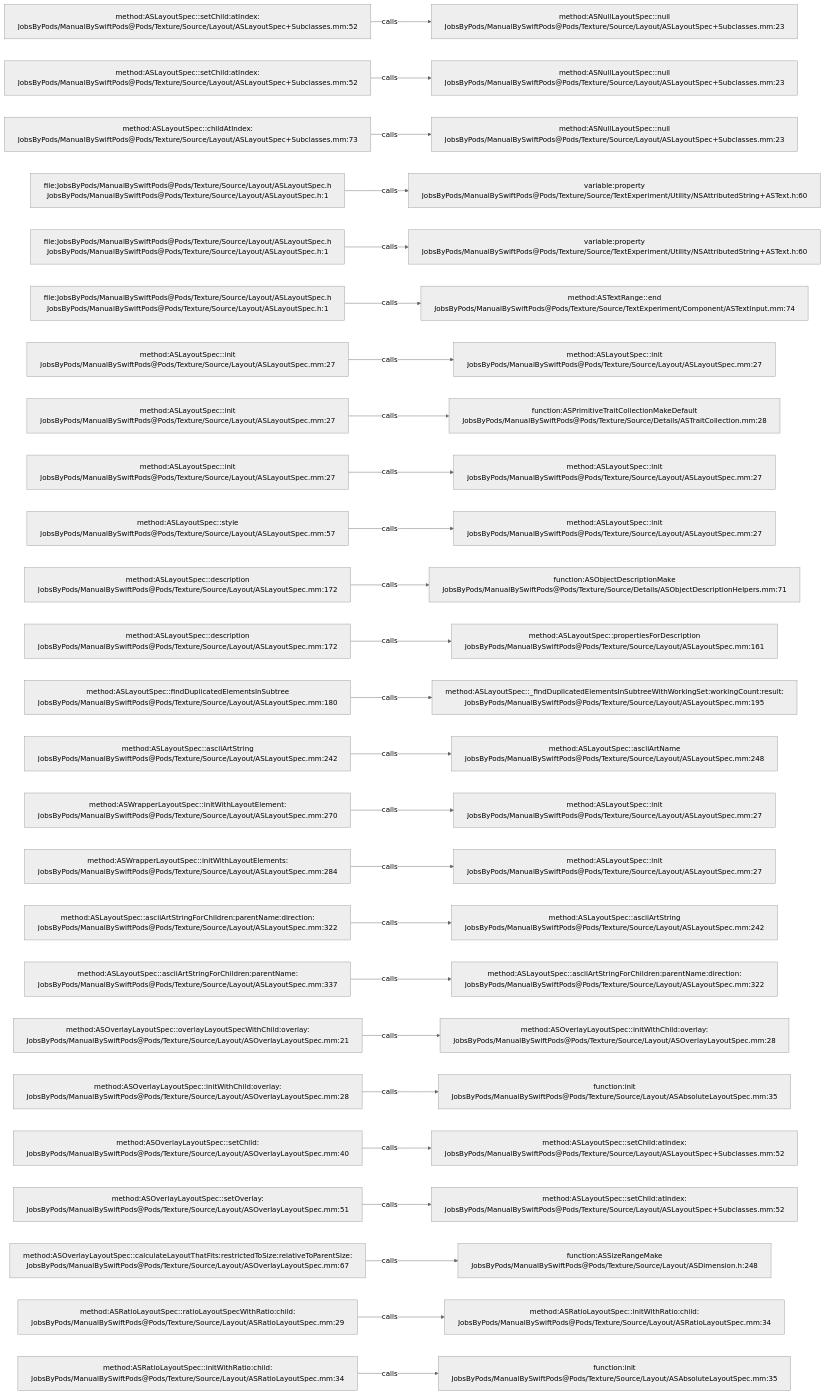
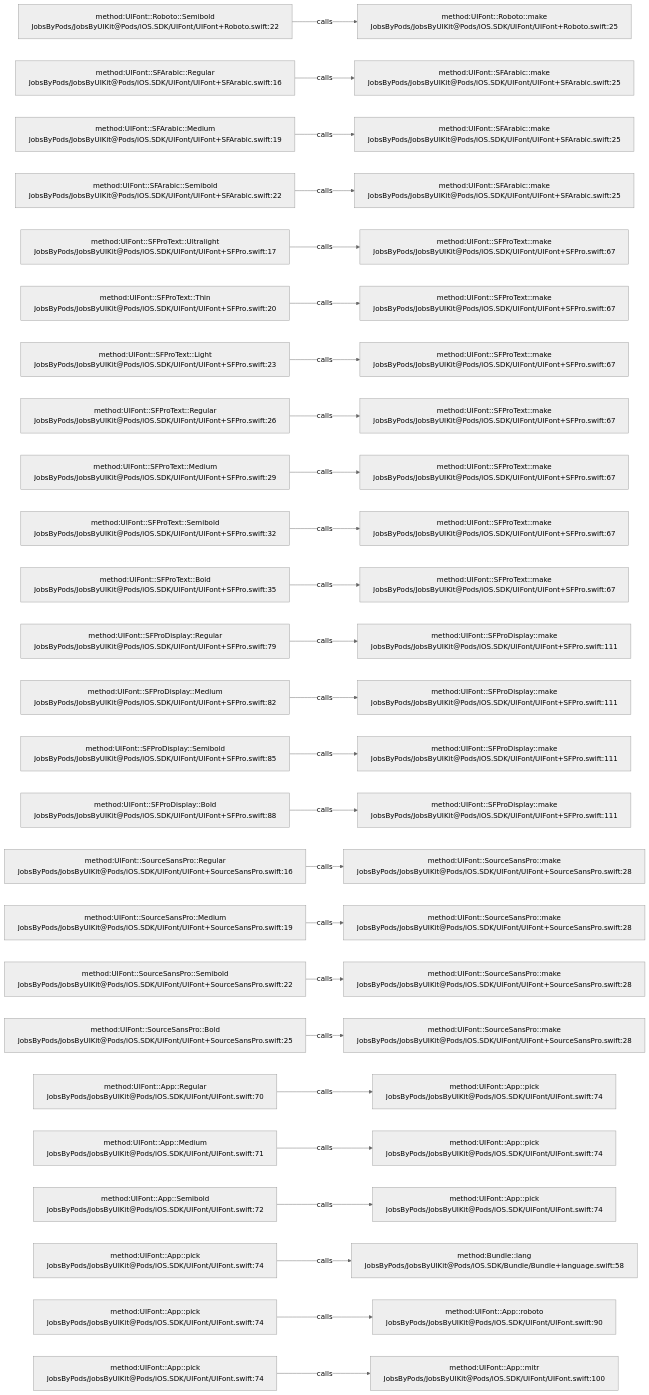
One commit to JobsKits/JobsSwiftBaseConfigDemo changed the diagram in .codegraph/codegraph.md/graphs/calls-111.md. Above: the diagram before and after it, drawn with Mermaid (neutral theme). The commit also changed 224 other files, not shown here.

````diff
--- a/.codegraph/codegraph.md/graphs/calls-111.md
+++ b/.codegraph/codegraph.md/graphs/calls-111.md
@@ -13,78 +13,78 @@
 ```mermaid
 flowchart LR
-  S1["method:ASLayoutSpec::setChild:atIndex:<br/>JobsByPods/ManualBySwiftPods@Pods/Texture/Source/Layout/ASLayoutSpec+Subclasses.mm:52"]
-  T1["method:ASNullLayoutSpec::null<br/>JobsByPods/ManualBySwiftPods@Pods/Texture/Source/Layout/ASLayoutSpec+Subclasses.mm:23"]
+  S1["method:UIFont::Roboto::Semibold<br/>JobsByPods/JobsByUIKit@Pods/iOS.SDK/UIFont/UIFont+Roboto.swift:22"]
+  T1["method:UIFont::Roboto::make<br/>JobsByPods/JobsByUIKit@Pods/iOS.SDK/UIFont/UIFont+Roboto.swift:25"]
   S1 -->|calls| T1
-  S2["method:ASLayoutSpec::setChild:atIndex:<br/>JobsByPods/ManualBySwiftPods@Pods/Texture/Source/Layout/ASLayoutSpec+Subclasses.mm:52"]
-  T2["method:ASNullLayoutSpec::null<br/>JobsByPods/ManualBySwiftPods@Pods/Texture/Source/Layout/ASLayoutSpec+Subclasses.mm:23"]
+  S2["method:UIFont::SFArabic::Regular<br/>JobsByPods/JobsByUIKit@Pods/iOS.SDK/UIFont/UIFont+SFArabic.swift:16"]
+  T2["method:UIFont::SFArabic::make<br/>JobsByPods/JobsByUIKit@Pods/iOS.SDK/UIFont/UIFont+SFArabic.swift:25"]
   S2 -->|calls| T2
-  S3["method:ASLayoutSpec::childAtIndex:<br/>JobsByPods/ManualBySwiftPods@Pods/Texture/Source/Layout/ASLayoutSpec+Subclasses.mm:73"]
-  T3["method:ASNullLayoutSpec::null<br/>JobsByPods/ManualBySwiftPods@Pods/Texture/Source/Layout/ASLayoutSpec+Subclasses.mm:23"]
+  S3["method:UIFont::SFArabic::Medium<br/>JobsByPods/JobsByUIKit@Pods/iOS.SDK/UIFont/UIFont+SFArabic.swift:19"]
+  T3["method:UIFont::SFArabic::make<br/>JobsByPods/JobsByUIKit@Pods/iOS.SDK/UIFont/UIFont+SFArabic.swift:25"]
   S3 -->|calls| T3
-  S4["file:JobsByPods/ManualBySwiftPods@Pods/Texture/Source/Layout/ASLayoutSpec.h<br/>JobsByPods/ManualBySwiftPods@Pods/Texture/Source/Layout/ASLayoutSpec.h:1"]
-  T4["variable:property<br/>JobsByPods/ManualBySwiftPods@Pods/Texture/Source/TextExperiment/Utility/NSAttributedString+ASText.h:60"]
+  S4["method:UIFont::SFArabic::Semibold<br/>JobsByPods/JobsByUIKit@Pods/iOS.SDK/UIFont/UIFont+SFArabic.swift:22"]
+  T4["method:UIFont::SFArabic::make<br/>JobsByPods/JobsByUIKit@Pods/iOS.SDK/UIFont/UIFont+SFArabic.swift:25"]
   S4 -->|calls| T4
-  S5["file:JobsByPods/ManualBySwiftPods@Pods/Texture/Source/Layout/ASLayoutSpec.h<br/>JobsByPods/ManualBySwiftPods@Pods/Texture/Source/Layout/ASLayoutSpec.h:1"]
-  T5["variable:property<br/>JobsByPods/ManualBySwiftPods@Pods/Texture/Source/TextExperiment/Utility/NSAttributedString+ASText.h:60"]
+  S5["method:UIFont::SFProText::Ultralight<br/>JobsByPods/JobsByUIKit@Pods/iOS.SDK/UIFont/UIFont+SFPro.swift:17"]
+  T5["method:UIFont::SFProText::make<br/>JobsByPods/JobsByUIKit@Pods/iOS.SDK/UIFont/UIFont+SFPro.swift:67"]
   S5 -->|calls| T5
-  S6["file:JobsByPods/ManualBySwiftPods@Pods/Texture/Source/Layout/ASLayoutSpec.h<br/>JobsByPods/ManualBySwiftPods@Pods/Texture/Source/Layout/ASLayoutSpec.h:1"]
-  T6["method:ASTextRange::end<br/>JobsByPods/ManualBySwiftPods@Pods/Texture/Source/TextExperiment/Component/ASTextInput.mm:74"]
+  S6["method:UIFont::SFProText::Thin<br/>JobsByPods/JobsByUIKit@Pods/iOS.SDK/UIFont/UIFont+SFPro.swift:20"]
+  T6["method:UIFont::SFProText::make<br/>JobsByPods/JobsByUIKit@Pods/iOS.SDK/UIFont/UIFont+SFPro.swift:67"]
   S6 -->|calls| T6
-  S7["method:ASLayoutSpec::init<br/>JobsByPods/ManualBySwiftPods@Pods/Texture/Source/Layout/ASLayoutSpec.mm:27"]
-  T7["method:ASLayoutSpec::init<br/>JobsByPods/ManualBySwiftPods@Pods/Texture/Source/Layout/ASLayoutSpec.mm:27"]
+  S7["method:UIFont::SFProText::Light<br/>JobsByPods/JobsByUIKit@Pods/iOS.SDK/UIFont/UIFont+SFPro.swift:23"]
+  T7["method:UIFont::SFProText::make<br/>JobsByPods/JobsByUIKit@Pods/iOS.SDK/UIFont/UIFont+SFPro.swift:67"]
   S7 -->|calls| T7
-  S8["method:ASLayoutSpec::init<br/>JobsByPods/ManualBySwiftPods@Pods/Texture/Source/Layout/ASLayoutSpec.mm:27"]
-  T8["function:ASPrimitiveTraitCollectionMakeDefault<br/>JobsByPods/ManualBySwiftPods@Pods/Texture/Source/Details/ASTraitCollection.mm:28"]
+  S8["method:UIFont::SFProText::Regular<br/>JobsByPods/JobsByUIKit@Pods/iOS.SDK/UIFont/UIFont+SFPro.swift:26"]
+  T8["method:UIFont::SFProText::make<br/>JobsByPods/JobsByUIKit@Pods/iOS.SDK/UIFont/UIFont+SFPro.swift:67"]
   S8 -->|calls| T8
-  S9["method:ASLayoutSpec::init<br/>JobsByPods/ManualBySwiftPods@Pods/Texture/Source/Layout/ASLayoutSpec.mm:27"]
-  T9["method:ASLayoutSpec::init<br/>JobsByPods/ManualBySwiftPods@Pods/Texture/Source/Layout/ASLayoutSpec.mm:27"]
+  S9["method:UIFont::SFProText::Medium<br/>JobsByPods/JobsByUIKit@Pods/iOS.SDK/UIFont/UIFont+SFPro.swift:29"]
+  T9["method:UIFont::SFProText::make<br/>JobsByPods/JobsByUIKit@Pods/iOS.SDK/UIFont/UIFont+SFPro.swift:67"]
   S9 -->|calls| T9
-  S10["method:ASLayoutSpec::style<br/>JobsByPods/ManualBySwiftPods@Pods/Texture/Source/Layout/ASLayoutSpec.mm:57"]
-  T10["method:ASLayoutSpec::init<br/>JobsByPods/ManualBySwiftPods@Pods/Texture/Source/Layout/ASLayoutSpec.mm:27"]
+  S10["method:UIFont::SFProText::Semibold<br/>JobsByPods/JobsByUIKit@Pods/iOS.SDK/UIFont/UIFont+SFPro.swift:32"]
+  T10["method:UIFont::SFProText::make<br/>JobsByPods/JobsByUIKit@Pods/iOS.SDK/UIFont/UIFont+SFPro.swift:67"]
   S10 -->|calls| T10
-  S11["method:ASLayoutSpec::description<br/>JobsByPods/ManualBySwiftPods@Pods/Texture/Source/Layout/ASLayoutSpec.mm:172"]
-  T11["function:ASObjectDescriptionMake<br/>JobsByPods/ManualBySwiftPods@Pods/Texture/Source/Details/ASObjectDescriptionHelpers.mm:71"]
+  S11["method:UIFont::SFProText::Bold<br/>JobsByPods/JobsByUIKit@Pods/iOS.SDK/UIFont/UIFont+SFPro.swift:35"]
+  T11["method:UIFont::SFProText::make<br/>JobsByPods/JobsByUIKit@Pods/iOS.SDK/UIFont/UIFont+SFPro.swift:67"]
   S11 -->|calls| T11
-  S12["method:ASLayoutSpec::description<br/>JobsByPods/ManualBySwiftPods@Pods/Texture/Source/Layout/ASLayoutSpec.mm:172"]
-  T12["method:ASLayoutSpec::propertiesForDescription<br/>JobsByPods/ManualBySwiftPods@Pods/Texture/Source/Layout/ASLayoutSpec.mm:161"]
+  S12["method:UIFont::SFProDisplay::Regular<br/>JobsByPods/JobsByUIKit@Pods/iOS.SDK/UIFont/UIFont+SFPro.swift:79"]
+  T12["method:UIFont::SFProDisplay::make<br/>JobsByPods/JobsByUIKit@Pods/iOS.SDK/UIFont/UIFont+SFPro.swift:111"]
   S12 -->|calls| T12
-  S13["method:ASLayoutSpec::findDuplicatedElementsInSubtree<br/>JobsByPods/ManualBySwiftPods@Pods/Texture/Source/Layout/ASLayoutSpec.mm:180"]
-  T13["method:ASLayoutSpec::_findDuplicatedElementsInSubtreeWithWorkingSet:workingCount:result:<br/>JobsByPods/ManualBySwiftPods@Pods/Texture/Source/Layout/ASLayoutSpec.mm:195"]
+  S13["method:UIFont::SFProDisplay::Medium<br/>JobsByPods/JobsByUIKit@Pods/iOS.SDK/UIFont/UIFont+SFPro.swift:82"]
+  T13["method:UIFont::SFProDisplay::make<br/>JobsByPods/JobsByUIKit@Pods/iOS.SDK/UIFont/UIFont+SFPro.swift:111"]
   S13 -->|calls| T13
-  S14["method:ASLayoutSpec::asciiArtString<br/>JobsByPods/ManualBySwiftPods@Pods/Texture/Source/Layout/ASLayoutSpec.mm:242"]
-  T14["method:ASLayoutSpec::asciiArtName<br/>JobsByPods/ManualBySwiftPods@Pods/Texture/Source/Layout/ASLayoutSpec.mm:248"]
+  S14["method:UIFont::SFProDisplay::Semibold<br/>JobsByPods/JobsByUIKit@Pods/iOS.SDK/UIFont/UIFont+SFPro.swift:85"]
+  T14["method:UIFont::SFProDisplay::make<br/>JobsByPods/JobsByUIKit@Pods/iOS.SDK/UIFont/UIFont+SFPro.swift:111"]
   S14 -->|calls| T14
-  S15["method:ASWrapperLayoutSpec::initWithLayoutElement:<br/>JobsByPods/ManualBySwiftPods@Pods/Texture/Source/Layout/ASLayoutSpec.mm:270"]
-  T15["method:ASLayoutSpec::init<br/>JobsByPods/ManualBySwiftPods@Pods/Texture/Source/Layout/ASLayoutSpec.mm:27"]
+  S15["method:UIFont::SFProDisplay::Bold<br/>JobsByPods/JobsByUIKit@Pods/iOS.SDK/UIFont/UIFont+SFPro.swift:88"]
+  T15["method:UIFont::SFProDisplay::make<br/>JobsByPods/JobsByUIKit@Pods/iOS.SDK/UIFont/UIFont+SFPro.swift:111"]
   S15 -->|calls| T15
-  S16["method:ASWrapperLayoutSpec::initWithLayoutElements:<br/>JobsByPods/ManualBySwiftPods@Pods/Texture/Source/Layout/ASLayoutSpec.mm:284"]
-  T16["method:ASLayoutSpec::init<br/>JobsByPods/ManualBySwiftPods@Pods/Texture/Source/Layout/ASLayoutSpec.mm:27"]
+  S16["method:UIFont::SourceSansPro::Regular<br/>JobsByPods/JobsByUIKit@Pods/iOS.SDK/UIFont/UIFont+SourceSansPro.swift:16"]
+  T16["method:UIFont::SourceSansPro::make<br/>JobsByPods/JobsByUIKit@Pods/iOS.SDK/UIFont/UIFont+SourceSansPro.swift:28"]
   S16 -->|calls| T16
-  S17["method:ASLayoutSpec::asciiArtStringForChildren:parentName:direction:<br/>JobsByPods/ManualBySwiftPods@Pods/Texture/Source/Layout/ASLayoutSpec.mm:322"]
-  T17["method:ASLayoutSpec::asciiArtString<br/>JobsByPods/ManualBySwiftPods@Pods/Texture/Source/Layout/ASLayoutSpec.mm:242"]
+  S17["method:UIFont::SourceSansPro::Medium<br/>JobsByPods/JobsByUIKit@Pods/iOS.SDK/UIFont/UIFont+SourceSansPro.swift:19"]
+  T17["method:UIFont::SourceSansPro::make<br/>JobsByPods/JobsByUIKit@Pods/iOS.SDK/UIFont/UIFont+SourceSansPro.swift:28"]
   S17 -->|calls| T17
-  S18["method:ASLayoutSpec::asciiArtStringForChildren:parentName:<br/>JobsByPods/ManualBySwiftPods@Pods/Texture/Source/Layout/ASLayoutSpec.mm:337"]
-  T18["method:ASLayoutSpec::asciiArtStringForChildren:parentName:direction:<br/>JobsByPods/ManualBySwiftPods@Pods/Texture/Source/Layout/ASLayoutSpec.mm:322"]
+  S18["method:UIFont::SourceSansPro::Semibold<br/>JobsByPods/JobsByUIKit@Pods/iOS.SDK/UIFont/UIFont+SourceSansPro.swift:22"]
+  T18["method:UIFont::SourceSansPro::make<br/>JobsByPods/JobsByUIKit@Pods/iOS.SDK/UIFont/UIFont+SourceSansPro.swift:28"]
   S18 -->|calls| T18
-  S19["method:ASOverlayLayoutSpec::overlayLayoutSpecWithChild:overlay:<br/>JobsByPods/ManualBySwiftPods@Pods/Texture/Source/Layout/ASOverlayLayoutSpec.mm:21"]
-  T19["method:ASOverlayLayoutSpec::initWithChild:overlay:<br/>JobsByPods/ManualBySwiftPods@Pods/Texture/Source/Layout/ASOverlayLayoutSpec.mm:28"]
+  S19["method:UIFont::SourceSansPro::Bold<br/>JobsByPods/JobsByUIKit@Pods/iOS.SDK/UIFont/UIFont+SourceSansPro.swift:25"]
+  T19["method:UIFont::SourceSansPro::make<br/>JobsByPods/JobsByUIKit@Pods/iOS.SDK/UIFont/UIFont+SourceSansPro.swift:28"]
   S19 -->|calls| T19
-  S20["method:ASOverlayLayoutSpec::initWithChild:overlay:<br/>JobsByPods/ManualBySwiftPods@Pods/Texture/Source/Layout/ASOverlayLayoutSpec.mm:28"]
-  T20["function:init<br/>JobsByPods/ManualBySwiftPods@Pods/Texture/Source/Layout/ASAbsoluteLayoutSpec.mm:35"]
+  S20["method:UIFont::App::Regular<br/>JobsByPods/JobsByUIKit@Pods/iOS.SDK/UIFont/UIFont.swift:70"]
+  T20["method:UIFont::App::pick<br/>JobsByPods/JobsByUIKit@Pods/iOS.SDK/UIFont/UIFont.swift:74"]
   S20 -->|calls| T20
-  S21["method:ASOverlayLayoutSpec::setChild:<br/>JobsByPods/ManualBySwiftPods@Pods/Texture/Source/Layout/ASOverlayLayoutSpec.mm:40"]
-  T21["method:ASLayoutSpec::setChild:atIndex:<br/>JobsByPods/ManualBySwiftPods@Pods/Texture/Source/Layout/ASLayoutSpec+Subclasses.mm:52"]
+  S21["method:UIFont::App::Medium<br/>JobsByPods/JobsByUIKit@Pods/iOS.SDK/UIFont/UIFont.swift:71"]
+  T21["method:UIFont::App::pick<br/>JobsByPods/JobsByUIKit@Pods/iOS.SDK/UIFont/UIFont.swift:74"]
   S21 -->|calls| T21
-  S22["method:ASOverlayLayoutSpec::setOverlay:<br/>JobsByPods/ManualBySwiftPods@Pods/Texture/Source/Layout/ASOverlayLayoutSpec.mm:51"]
-  T22["method:ASLayoutSpec::setChild:atIndex:<br/>JobsByPods/ManualBySwiftPods@Pods/Texture/Source/Layout/ASLayoutSpec+Subclasses.mm:52"]
+  S22["method:UIFont::App::Semibold<br/>JobsByPods/JobsByUIKit@Pods/iOS.SDK/UIFont/UIFont.swift:72"]
+  T22["method:UIFont::App::pick<br/>JobsByPods/JobsByUIKit@Pods/iOS.SDK/UIFont/UIFont.swift:74"]
   S22 -->|calls| T22
-  S23["method:ASOverlayLayoutSpec::calculateLayoutThatFits:restrictedToSize:relativeToParentSize:<br/>JobsByPods/ManualBySwiftPods@Pods/Texture/Source/Layout/ASOverlayLayoutSpec.mm:67"]
-  T23["function:ASSizeRangeMake<br/>JobsByPods/ManualBySwiftPods@Pods/Texture/Source/Layout/ASDimension.h:248"]
+  S23["method:UIFont::App::pick<br/>JobsByPods/JobsByUIKit@Pods/iOS.SDK/UIFont/UIFont.swift:74"]
+  T23["method:Bundle::lang<br/>JobsByPods/JobsByUIKit@Pods/iOS.SDK/Bundle/Bundle+language.swift:58"]
   S23 -->|calls| T23
-  S24["method:ASRatioLayoutSpec::ratioLayoutSpecWithRatio:child:<br/>JobsByPods/ManualBySwiftPods@Pods/Texture/Source/Layout/ASRatioLayoutSpec.mm:29"]
-  T24["method:ASRatioLayoutSpec::initWithRatio:child:<br/>JobsByPods/ManualBySwiftPods@Pods/Texture/Source/Layout/ASRatioLayoutSpec.mm:34"]
+  S24["method:UIFont::App::pick<br/>JobsByPods/JobsByUIKit@Pods/iOS.SDK/UIFont/UIFont.swift:74"]
+  T24["method:UIFont::App::roboto<br/>JobsByPods/JobsByUIKit@Pods/iOS.SDK/UIFont/UIFont.swift:90"]
   S24 -->|calls| T24
-  S25["method:ASRatioLayoutSpec::initWithRatio:child:<br/>JobsByPods/ManualBySwiftPods@Pods/Texture/Source/Layout/ASRatioLayoutSpec.mm:34"]
-  T25["function:init<br/>JobsByPods/ManualBySwiftPods@Pods/Texture/Source/Layout/ASAbsoluteLayoutSpec.mm:35"]
+  S25["method:UIFont::App::pick<br/>JobsByPods/JobsByUIKit@Pods/iOS.SDK/UIFont/UIFont.swift:74"]
+  T25["method:UIFont::App::mitr<br/>JobsByPods/JobsByUIKit@Pods/iOS.SDK/UIFont/UIFont.swift:100"]
   S25 -->|calls| T25
 ```
````
